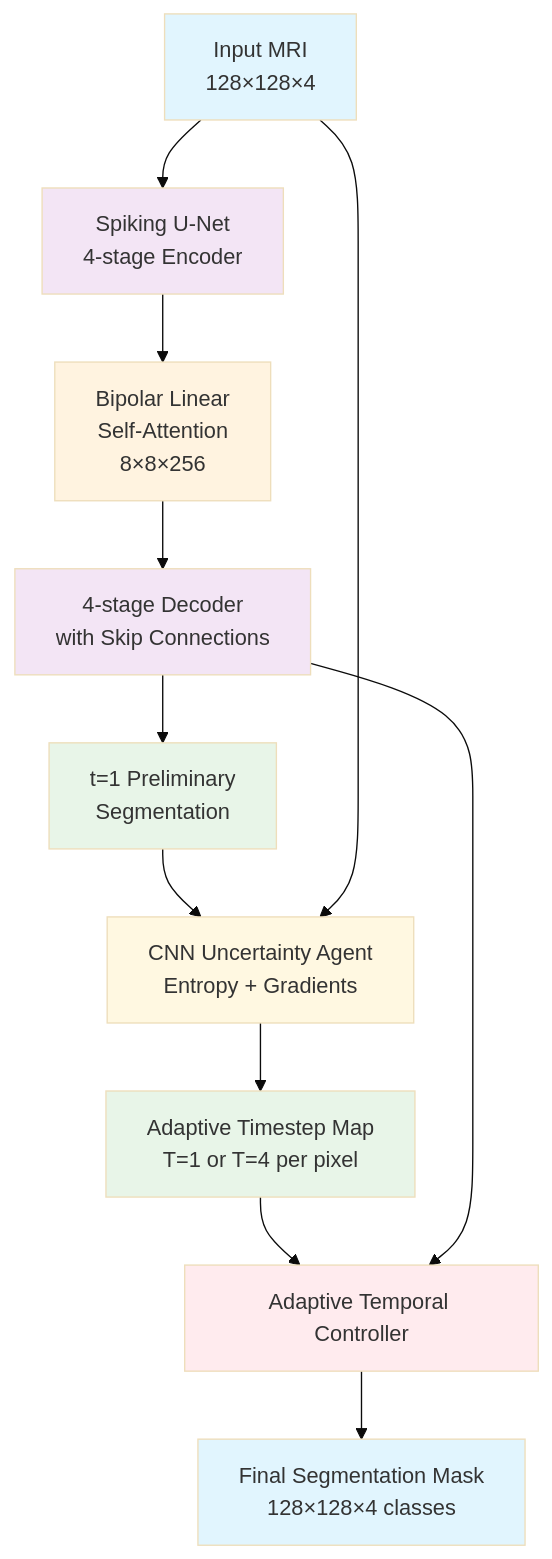
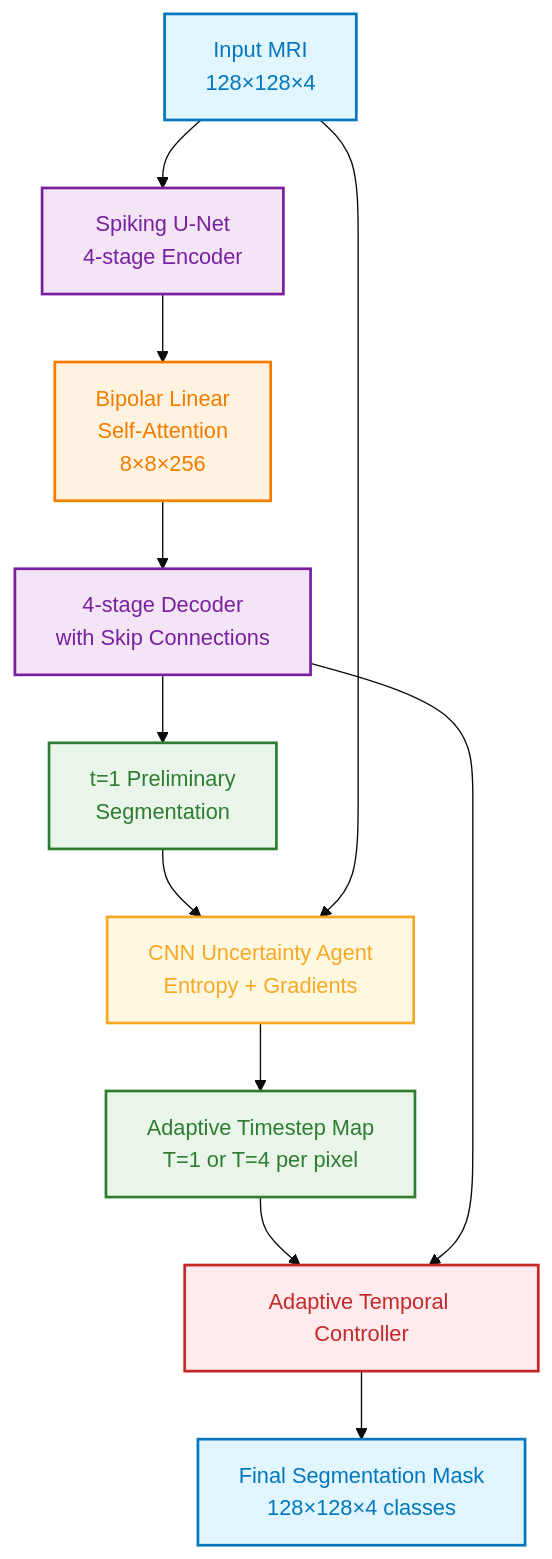
The diagram in README.md (Biswajitnahak2003/SNN-transformer), drawn with Mermaid (base theme) before and after one commit. The commit also changed 1 other file, not shown here.

Commit message:
Improve architecture diagram visibility for dark mode
- Add explicit text colors and stroke colors to Mermaid diagram
- Enhance contrast for better readability in both light and dark modes
- Update both README and architecture_diagram.md with improved styling
- Ensure text remains visible across different GitHub themes

````diff
--- a/README.md
+++ b/README.md
@@ -34,27 +34,27 @@
 ```mermaid
 graph TD
     A[Input MRI<br/>128×128×4] --> B[Spiking U-Net<br/>4-stage Encoder]
     B --> C[Bipolar Linear<br/>Self-Attention<br/>8×8×256]
     C --> D[4-stage Decoder<br/>with Skip Connections]
     D --> E[t=1 Preliminary<br/>Segmentation]
     
     E --> F[CNN Uncertainty Agent<br/>Entropy + Gradients]
     A --> F
     
     F --> G[Adaptive Timestep Map<br/>T=1 or T=4 per pixel]
     
     G --> H[Adaptive Temporal Controller]
     D --> H
     
     H --> I[Final Segmentation Mask<br/>128×128×4 classes]
     
-    style A fill:#e1f5fe
-    style B fill:#f3e5f5
-    style C fill:#fff3e0
-    style D fill:#f3e5f5
-    style E fill:#e8f5e8
-    style F fill:#fff8e1
-    style G fill:#e8f5e8
-    style H fill:#ffebee
-    style I fill:#e1f5fe
+    style A fill:#e1f5fe,stroke:#0277bd,stroke-width:2px,color:#0277bd
+    style B fill:#f3e5f5,stroke:#7b1fa2,stroke-width:2px,color:#7b1fa2
+    style C fill:#fff3e0,stroke:#f57c00,stroke-width:2px,color:#f57c00
+    style D fill:#f3e5f5,stroke:#7b1fa2,stroke-width:2px,color:#7b1fa2
+    style E fill:#e8f5e8,stroke:#2e7d32,stroke-width:2px,color:#2e7d32
+    style F fill:#fff8e1,stroke:#f9a825,stroke-width:2px,color:#f9a825
+    style G fill:#e8f5e8,stroke:#2e7d32,stroke-width:2px,color:#2e7d32
+    style H fill:#ffebee,stroke:#c62828,stroke-width:2px,color:#c62828
+    style I fill:#e1f5fe,stroke:#0277bd,stroke-width:2px,color:#0277bd
 ```
````
